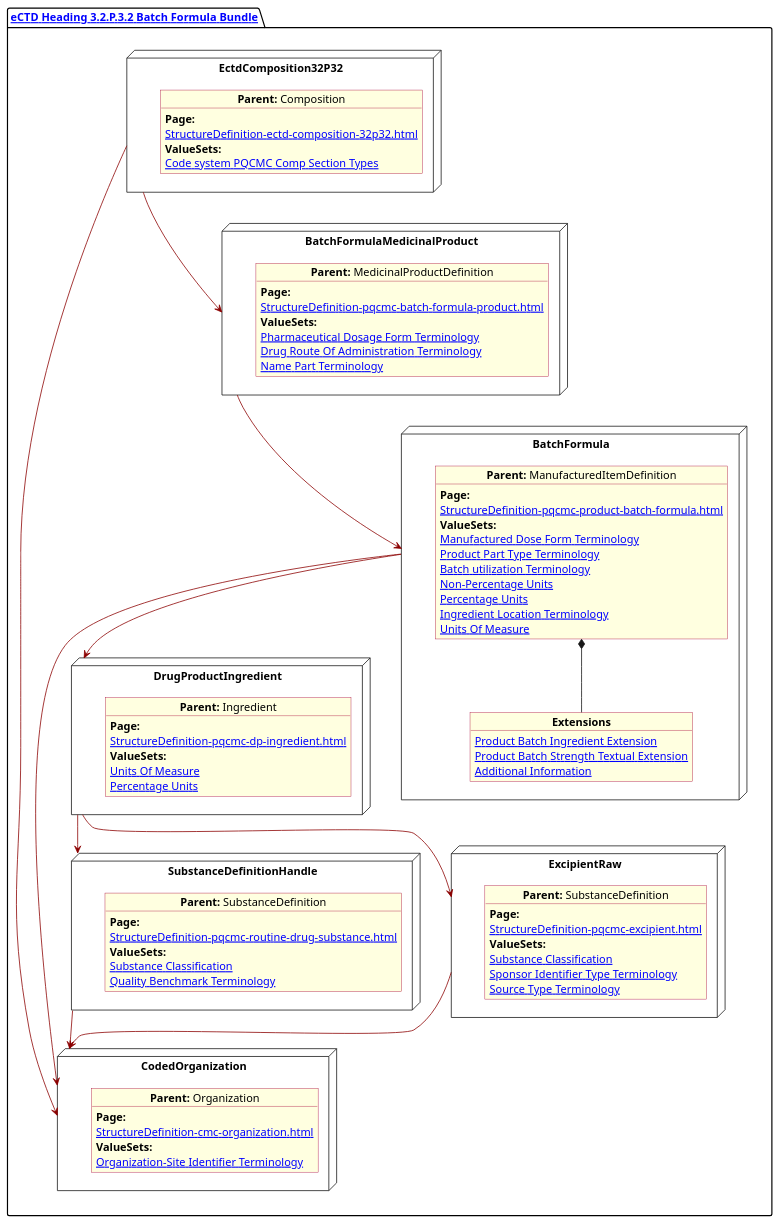
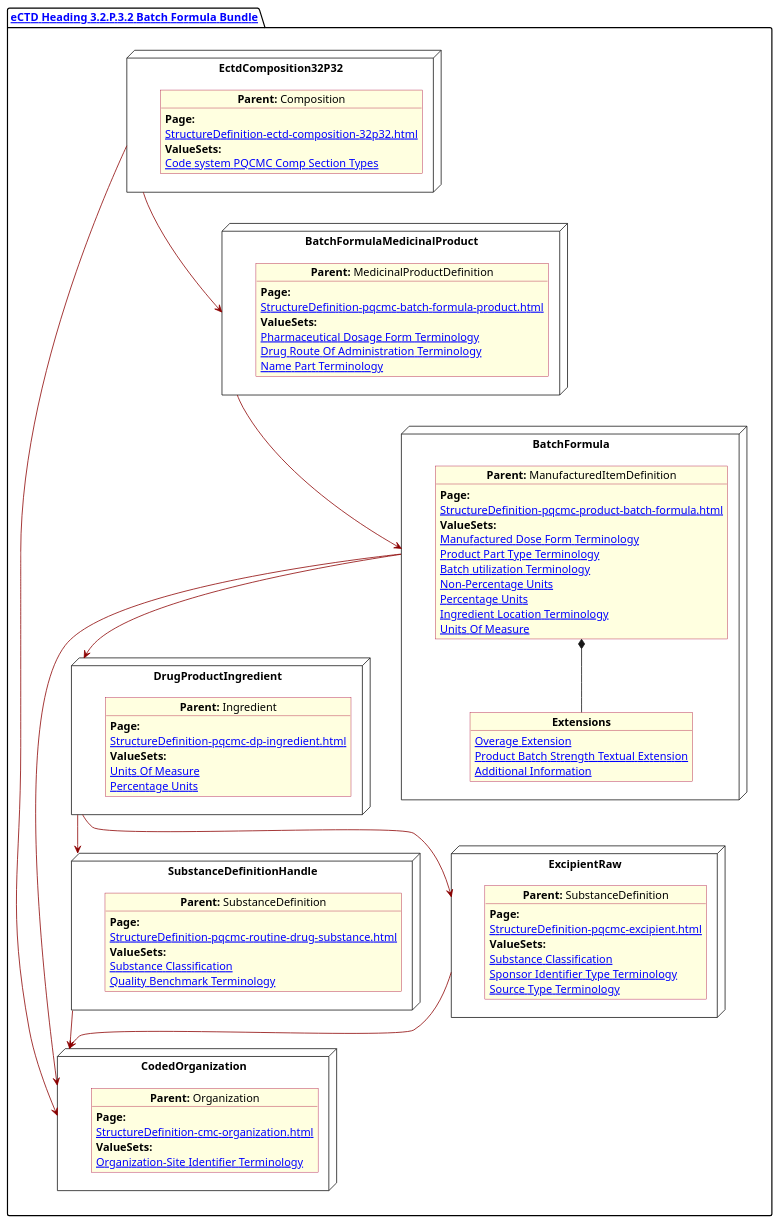
The diagram in input/images-source/BatchForm.plantuml (HL7/FHIR-us-pq-cmc-fda), drawn with PlantUML before and after one commit. The commit also changed 15 other files, not shown here.

```diff
--- a/input/images-source/BatchForm.plantuml
+++ b/input/images-source/BatchForm.plantuml
@@ -1,116 +1,116 @@
 @startuml BatchForm
 allowmixing
 'Mixed model of use case and object
 skinparam svgDimensionStyle false
 skinparam ObjectBackgroundColor LightYellow
 skinparam ObjectBorderColor #A80036
 skinparam activityDiamondBorderColor #A80036
 skinparam activityDiamondBackgroundColor lawnGreen
 skinparam ClassBorderThickness 4
 
 package "[[StructureDefinition-cmc-ectd-document-32p32.html eCTD Heading 3.2.P.3.2 Batch Formula Bundle]]" as NODES {
 
 
   node "EctdComposition32P32" as N1 {
 
     object "**Parent:** Composition" as obj1 {
       **Page:**
       [[StructureDefinition-ectd-composition-32p32.html]]
       **ValueSets:**
       [[ValueSet-cmc-comp-section-types-vs.html Code system PQCMC Comp Section Types]]
     }
 
   }
   node "CodedOrganization" as NSO {
 
     object "**Parent:** Organization" as objAu {
       **Page:**
       [[StructureDefinition-cmc-organization.html]]
       **ValueSets:**
       [[ValueSet-pqcmc-org-identifier-type-terminology.html Organization-Site Identifier Terminology]]
     }
   }
 
   node "DrugProductIngredient" as NNgred {
 
     object "**Parent:** Ingredient" as obj10 {
       **Page:**
       [[StructureDefinition-pqcmc-dp-ingredient.html]]
       **ValueSets:**
       [[ValueSet-pqcmc-units-of-measure.html Units Of Measure]]
       [[ValueSet-pqcmc-org-identifier-type-terminology.html Percentage Units]]
     }
   }
 
   node "SubstanceDefinitionHandle" as NNS {
 
     object "**Parent:** SubstanceDefinition" as obj4 {
       **Page:**
       [[StructureDefinition-pqcmc-routine-drug-substance.html]]
       **ValueSets:**
       [[ValueSet-substance-classification.html Substance Classification]]
       [[ValueSet-pqcmc-quality-benchmark-terminology.html Quality Benchmark Terminology]]
     }
 
   }
 
   node "ExcipientRaw" as NNSEx {
 
     object "**Parent:** SubstanceDefinition" as obj42 {
       **Page:**
       [[StructureDefinition-pqcmc-excipient.html]]
       **ValueSets:**
       [[ValueSet-substance-classification.html Substance Classification]]
       [[ValueSet-pqcmc-org-identifier-type-terminology.html Sponsor Identifier Type Terminology]]
       [[ValueSet-pqcmc-source-type-terminology.html Source Type Terminology]]
     }
 
   }
 
   node "BatchFormulaMedicinalProduct" as NN2 {
 
     object "**Parent:** MedicinalProductDefinition" as obj32 {
       **Page:**
       [[StructureDefinition-pqcmc-batch-formula-product.html]]
       **ValueSets:**
       [[ValueSet-spl-pharmaceutical-dosage-form-terminology.html Pharmaceutical Dosage Form Terminology]]
       [[ValueSet-spl-drug-route-of-administration-terminology.html Drug Route Of Administration Terminology]]
       [[ValueSet-pqcmc-name-part-terminology.html Name Part Terminology]]
     }
   }
 
   node "BatchFormula" as NN {
 
     object "**Parent:** ManufacturedItemDefinition" as obj3 {
       **Page:**
       [[StructureDefinition-pqcmc-product-batch-formula.html]]
       **ValueSets:**
       [[ValueSet-pqcmc-manufactured-dose-form-terminology.html Manufactured Dose Form Terminology]]
       [[ValueSet-pqcmc-product-part-type.html Product Part Type Terminology]]
       [[ValueSet-pqcmc-batch-utilization-terminology.html Batch utilization Terminology]]
       [[ValueSet-pqcmc-non-percentage-units.html Non-Percentage Units]]
       [[ValueSet-pqcmc-percentage-units.html Percentage Units]]
       [[ValueSet-pqcmc-product-part-ingredient-physical-location.html Ingredient Location Terminology]]
       [[ValueSet-pqcmc-units-of-measure.html Units Of Measure]]
 
     }
 
     object "**Extensions**" as objExs2 {
-      [[StructureDefinition-pq-product-batch-ingredient-extension.html Product Batch Ingredient Extension]]
+      [[StructureDefinition-pq-overage-extension.html Overage Extension]]
       [[StructureDefinition-pq-product-batch-strength-textual-extension.html Product Batch Strength Textual Extension]]
       [[StructureDefinition-pq-additional-info-extension.html Additional Information]]
     }
 
     obj3 *-- objExs2
   }
   N1 -[#darkred]--> NSO
   N1 -[#darkred]-> NN2
   NNS -[#darkred]-> NSO
   NN -[#darkred]-> NSO
   NN -[#darkred]-> NNgred
   NN2 -[#darkred]-> NN
   NNgred -[#darkred]-> NNS
   NNgred -[#darkred]->NNSEx
   NNSEx -[#darkred]-> NSO
 }
 @enduml
```
